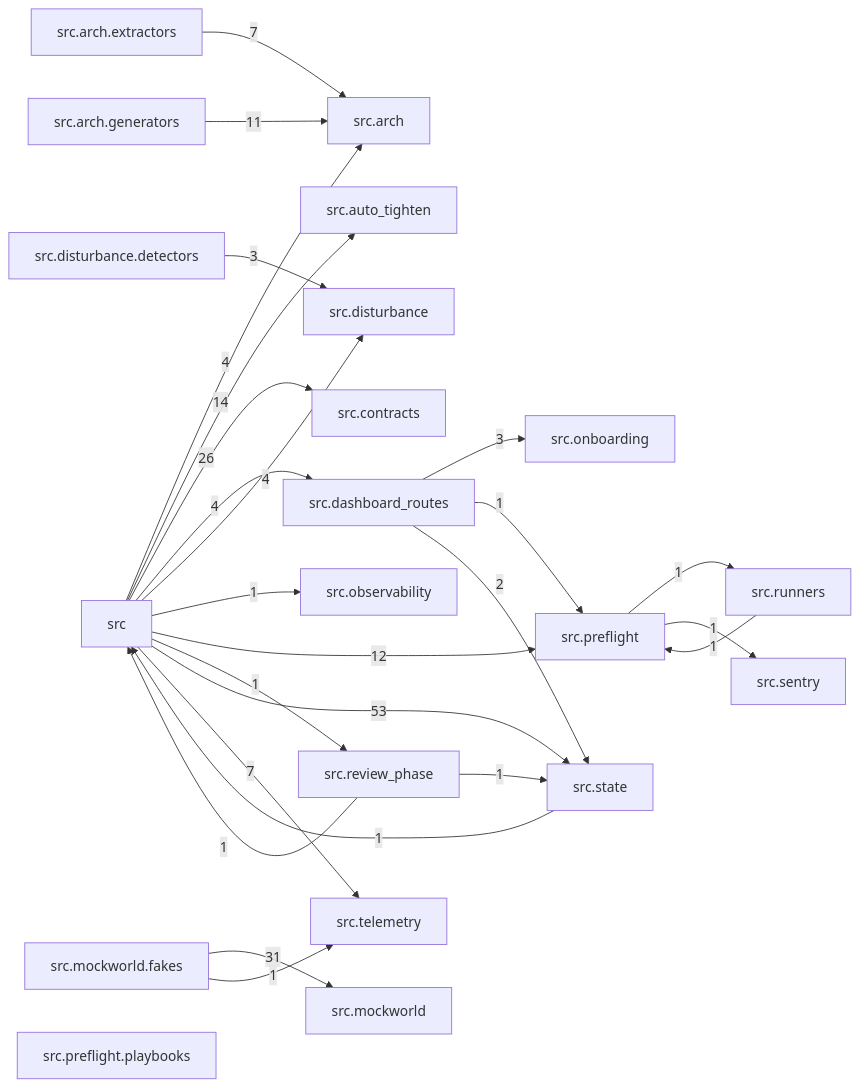
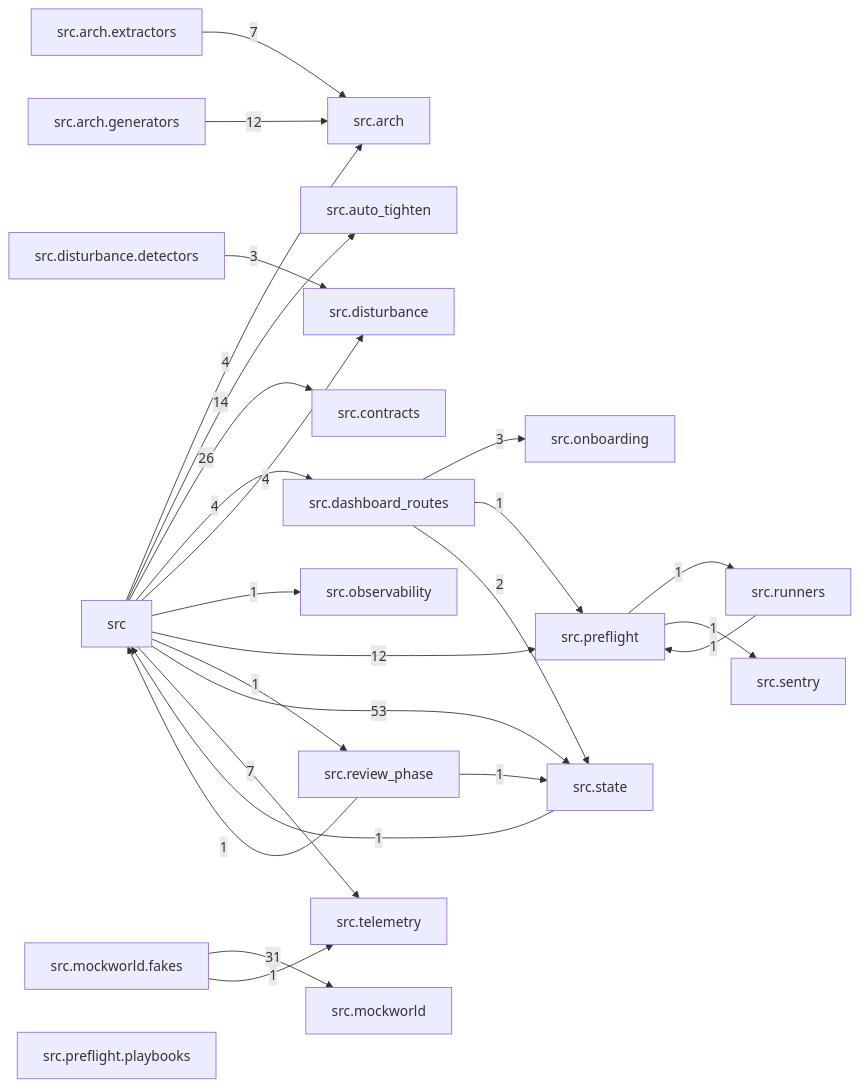
One commit to T-rav/hydraflow changed the diagram in docs/arch/generated/modules.md. Above: the diagram before and after it, drawn with Mermaid. The commit also changed 12 other files, not shown here.

````diff
--- a/docs/arch/generated/modules.md
+++ b/docs/arch/generated/modules.md
@@ -7,47 +7,47 @@
 ```mermaid
 graph LR
     src["src"]
     src_arch["src.arch"]
     src_arch_extractors["src.arch.extractors"]
     src_arch_generators["src.arch.generators"]
     src_auto_tighten["src.auto_tighten"]
     src_contracts["src.contracts"]
     src_dashboard_routes["src.dashboard_routes"]
     src_disturbance["src.disturbance"]
     src_disturbance_detectors["src.disturbance.detectors"]
     src_mockworld["src.mockworld"]
     src_mockworld_fakes["src.mockworld.fakes"]
     src_observability["src.observability"]
     src_onboarding["src.onboarding"]
     src_preflight["src.preflight"]
     src_preflight_playbooks["src.preflight.playbooks"]
     src_review_phase["src.review_phase"]
     src_runners["src.runners"]
     src_sentry["src.sentry"]
     src_state["src.state"]
     src_telemetry["src.telemetry"]
     src -- "4" --> src_arch
     src -- "14" --> src_auto_tighten
     src -- "26" --> src_contracts
     src -- "4" --> src_dashboard_routes
     src -- "4" --> src_disturbance
     src -- "1" --> src_observability
     src -- "12" --> src_preflight
     src -- "1" --> src_review_phase
     src -- "53" --> src_state
     src -- "7" --> src_telemetry
     src_arch_extractors -- "7" --> src_arch
-    src_arch_generators -- "11" --> src_arch
+    src_arch_generators -- "12" --> src_arch
     src_dashboard_routes -- "3" --> src_onboarding
     src_dashboard_routes -- "1" --> src_preflight
     src_dashboard_routes -- "2" --> src_state
     src_disturbance_detectors -- "3" --> src_disturbance
     src_mockworld_fakes -- "31" --> src_mockworld
     src_mockworld_fakes -- "1" --> src_telemetry
     src_preflight -- "1" --> src_runners
     src_preflight -- "1" --> src_sentry
     src_review_phase -- "1" --> src
     src_review_phase -- "1" --> src_state
     src_runners -- "1" --> src_preflight
     src_state -- "1" --> src
 ```
````
